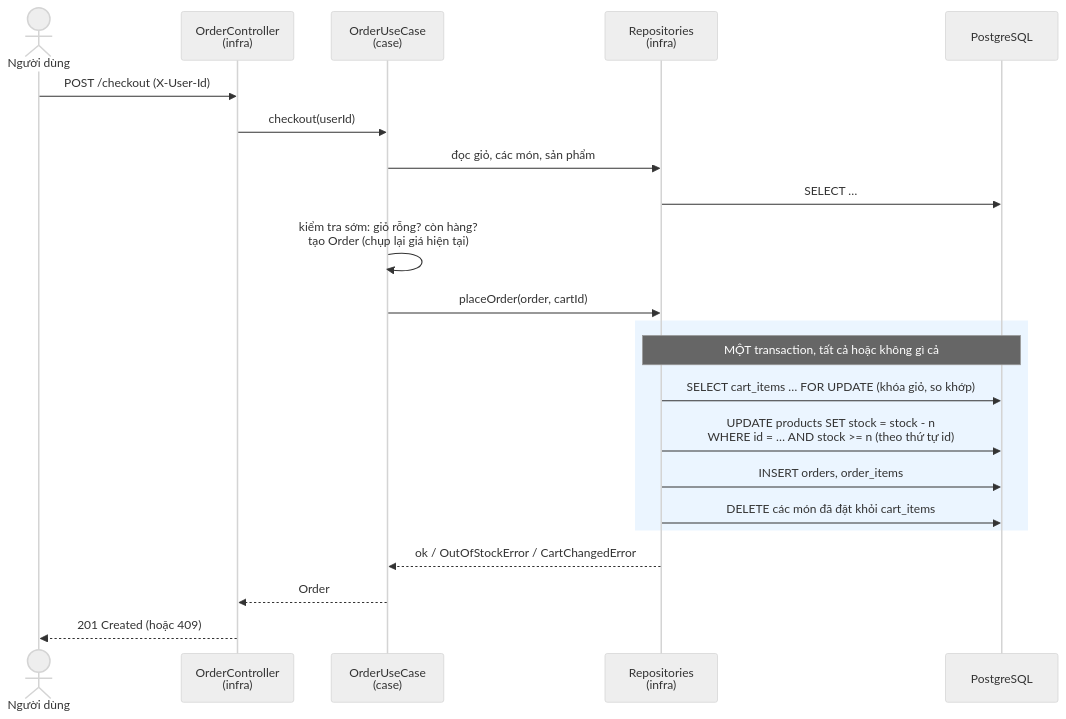
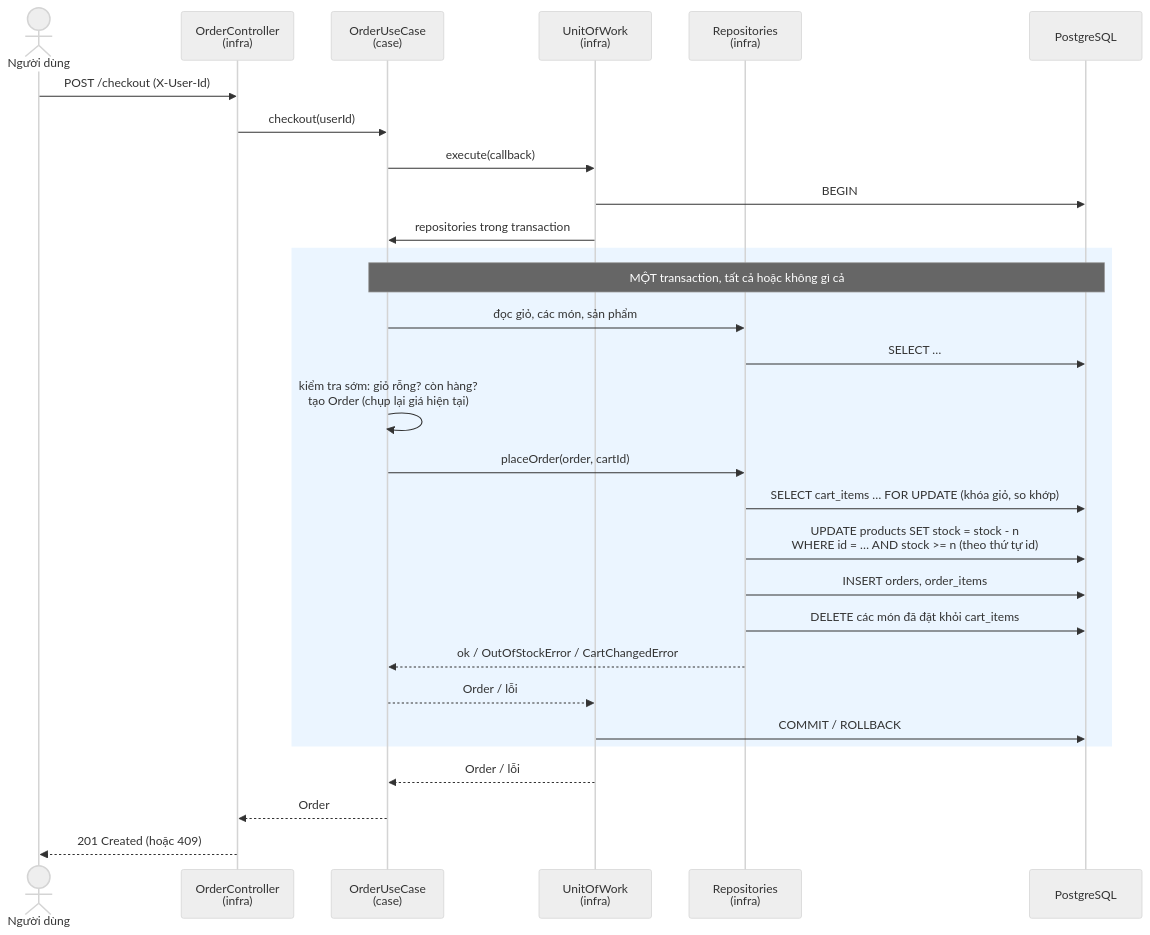
One commit to justapieop/shopeer changed the diagram in docs/cart-checkout.md. Above: the diagram before and after it, drawn with Mermaid (neutral theme). The commit also changed other lines of this file and 31 other files, not shown here.

First line of the commit message:
feat(uow): implement unit of work pattern

````diff
--- a/docs/cart-checkout.md
+++ b/docs/cart-checkout.md
@@ -91,25 +91,32 @@
 ```mermaid
 sequenceDiagram
     actor U as Người dùng
     participant C as OrderController<br/>(infra)
     participant UC as OrderUseCase<br/>(case)
+    participant W as UnitOfWork<br/>(infra)
     participant R as Repositories<br/>(infra)
     participant DB as PostgreSQL
 
     U->>C: POST /checkout (X-User-Id)
     C->>UC: checkout(userId)
+    UC->>W: execute(callback)
+    W->>DB: BEGIN
+    W->>UC: repositories trong transaction
+    rect rgb(235, 245, 255)
+    note over UC,DB: MỘT transaction, tất cả hoặc không gì cả
     UC->>R: đọc giỏ, các món, sản phẩm
     R->>DB: SELECT …
     UC->>UC: kiểm tra sớm: giỏ rỗng? còn hàng?<br/>tạo Order (chụp lại giá hiện tại)
     UC->>R: placeOrder(order, cartId)
-    rect rgb(235, 245, 255)
-    note over R,DB: MỘT transaction, tất cả hoặc không gì cả
     R->>DB: SELECT cart_items … FOR UPDATE (khóa giỏ, so khớp)
     R->>DB: UPDATE products SET stock = stock - n<br/>WHERE id = … AND stock >= n (theo thứ tự id)
     R->>DB: INSERT orders, order_items
     R->>DB: DELETE các món đã đặt khỏi cart_items
+    R-->>UC: ok / OutOfStockError / CartChangedError
+    UC-->>W: Order / lỗi
+    W->>DB: COMMIT / ROLLBACK
     end
-    R-->>UC: ok / OutOfStockError / CartChangedError
+    W-->>UC: Order / lỗi
     UC-->>C: Order
     C-->>U: 201 Created (hoặc 409)
 ```
````
